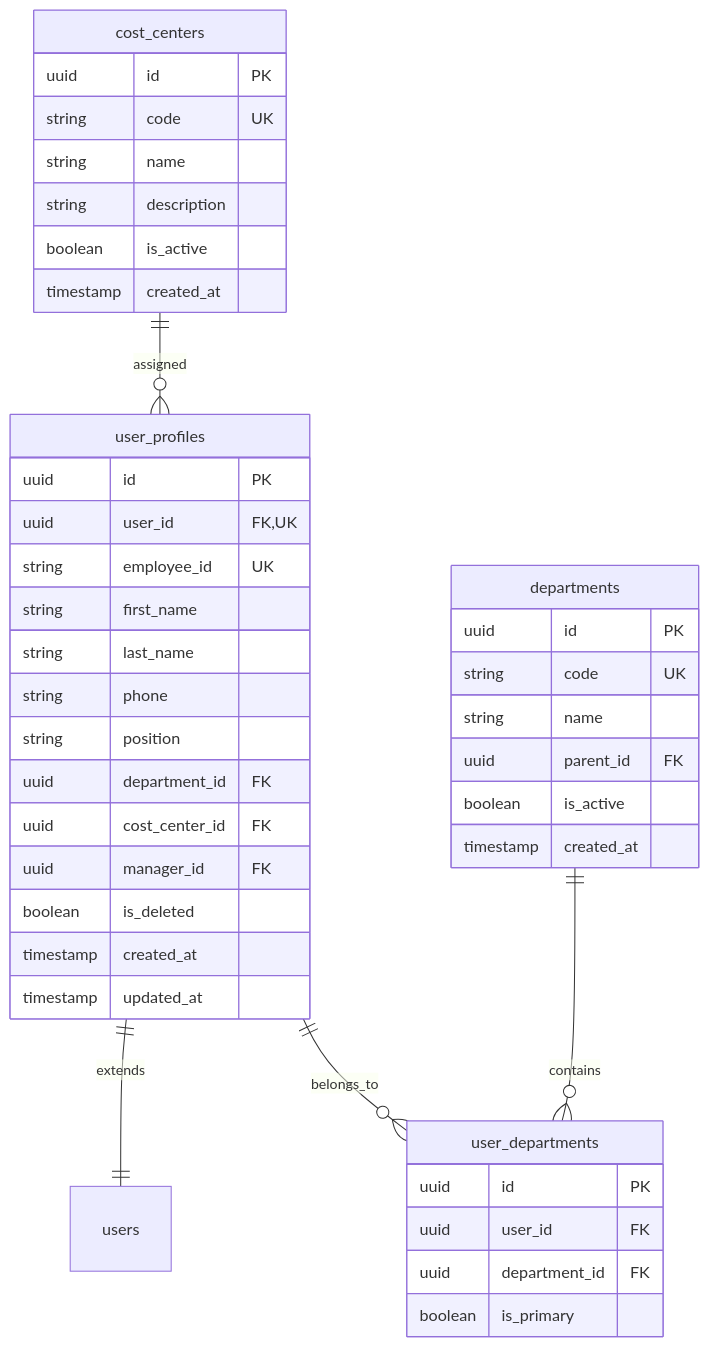
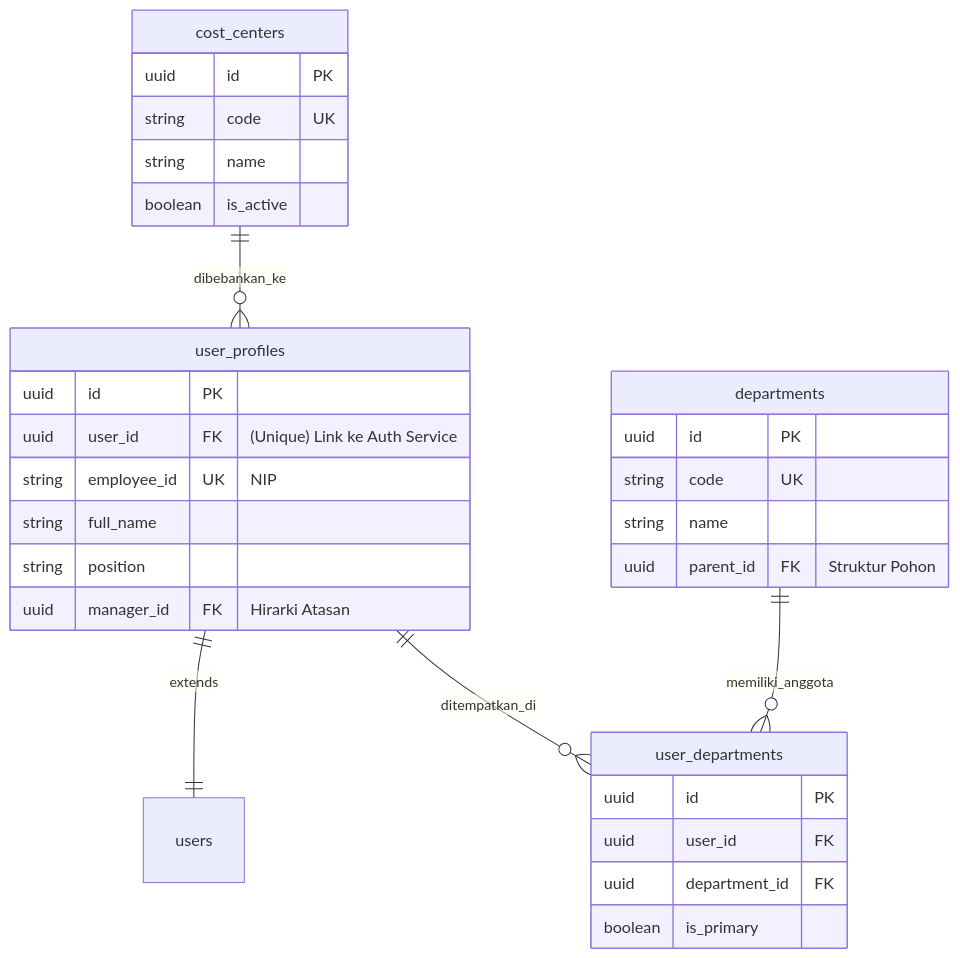
One commit to Vencore-erp/documentation changed the second of 5 diagrams in system_design/DATABASE_SCHEMA.md. Above: the diagram before and after it, drawn with Mermaid. The commit also changed other lines of this file, not shown here.

Commit message:
Update DATABASE_SCHEMA.md with detailed Indonesian explanations

````diff
--- a/system_design/DATABASE_SCHEMA.md
+++ b/system_design/DATABASE_SCHEMA.md
@@ -116,48 +104,34 @@
 ```mermaid
 erDiagram
     user_profiles ||--|| users : extends
-    user_profiles ||--o{ user_departments : belongs_to
-    departments ||--o{ user_departments : contains
-    cost_centers ||--o{ user_profiles : assigned
+    user_profiles ||--o{ user_departments : ditempatkan_di
+    departments ||--o{ user_departments : memiliki_anggota
+    cost_centers ||--o{ user_profiles : dibebankan_ke
 
     user_profiles {
         uuid id PK
-        uuid user_id FK,UK
-        string employee_id UK
-        string first_name
-        string last_name
-        string phone
+        uuid user_id FK "(Unique) Link ke Auth Service"
+        string employee_id UK "NIP"
+        string full_name
         string position
-        uuid department_id FK
-        uuid cost_center_id FK
-        uuid manager_id FK
-        boolean is_deleted
-        timestamp created_at
-        timestamp updated_at
+        uuid manager_id FK "Hirarki Atasan"
     }
-
     departments {
         uuid id PK
         string code UK
         string name
-        uuid parent_id FK
-        boolean is_active
-        timestamp created_at
+        uuid parent_id FK "Struktur Pohon"
     }
-
     cost_centers {
         uuid id PK
         string code UK
         string name
-        string description
         boolean is_active
-        timestamp created_at
     }
-
     user_departments {
         uuid id PK
         uuid user_id FK
         uuid department_id FK
         boolean is_primary
     }
 ```
````
